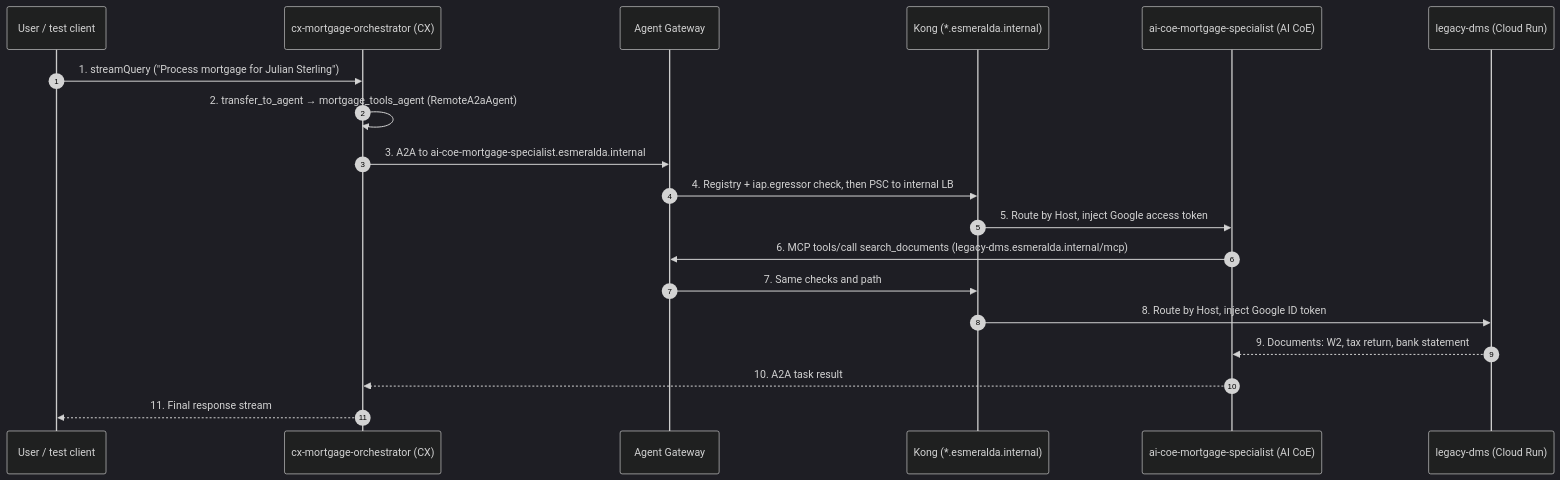
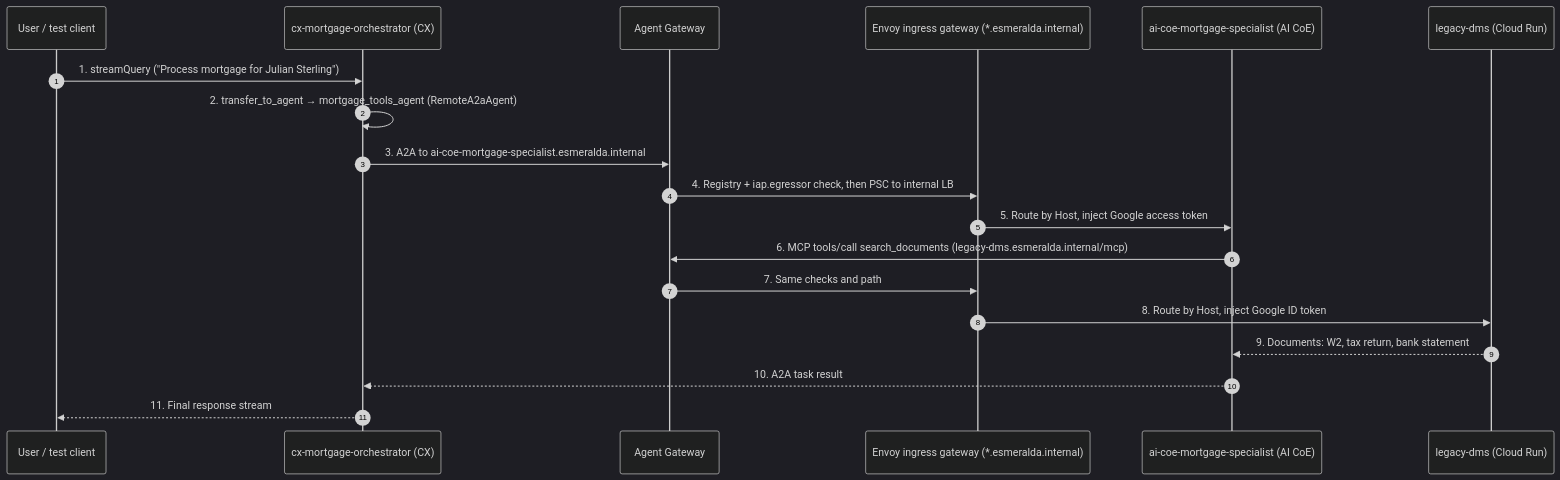
The diagram in docs/src/2-workloads-and-catalog/03-ai-agents-and-database.md (google/esmeralda), drawn with Mermaid (dark theme) before and after one commit. The commit also changed other lines of this file and 15 other files, not shown here.

First line of the commit message:
docs: describe the Envoy ingress gateway (#73)

````diff
--- a/docs/src/2-workloads-and-catalog/03-ai-agents-and-database.md
+++ b/docs/src/2-workloads-and-catalog/03-ai-agents-and-database.md
@@ -57,22 +57,22 @@
 ```mermaid
 sequenceDiagram
     autonumber
     participant Client as User / test client
     participant Orch as cx-mortgage-orchestrator (CX)
     participant AGW as Agent Gateway
-    participant Kong as Kong (*.esmeralda.internal)
+    participant GW as Envoy ingress gateway (*.esmeralda.internal)
     participant Spec as ai-coe-mortgage-specialist (AI CoE)
     participant DMS as legacy-dms (Cloud Run)
 
     Client->>Orch: 1. streamQuery ("Process mortgage for Julian Sterling")
     Orch->>Orch: 2. transfer_to_agent → mortgage_tools_agent (RemoteA2aAgent)
     Orch->>AGW: 3. A2A to ai-coe-mortgage-specialist.esmeralda.internal
-    AGW->>Kong: 4. Registry + iap.egressor check, then PSC to internal LB
-    Kong->>Spec: 5. Route by Host, inject Google access token
+    AGW->>GW: 4. Registry + iap.egressor check, then PSC to internal LB
+    GW->>Spec: 5. Route by Host, inject Google access token
     Spec->>AGW: 6. MCP tools/call search_documents (legacy-dms.esmeralda.internal/mcp)
-    AGW->>Kong: 7. Same checks and path
-    Kong->>DMS: 8. Route by Host, inject Google ID token
+    AGW->>GW: 7. Same checks and path
+    GW->>DMS: 8. Route by Host, inject Google ID token
     DMS-->>Spec: 9. Documents: W2, tax return, bank statement
     Spec-->>Orch: 10. A2A task result
     Orch-->>Client: 11. Final response stream
 ```
````
